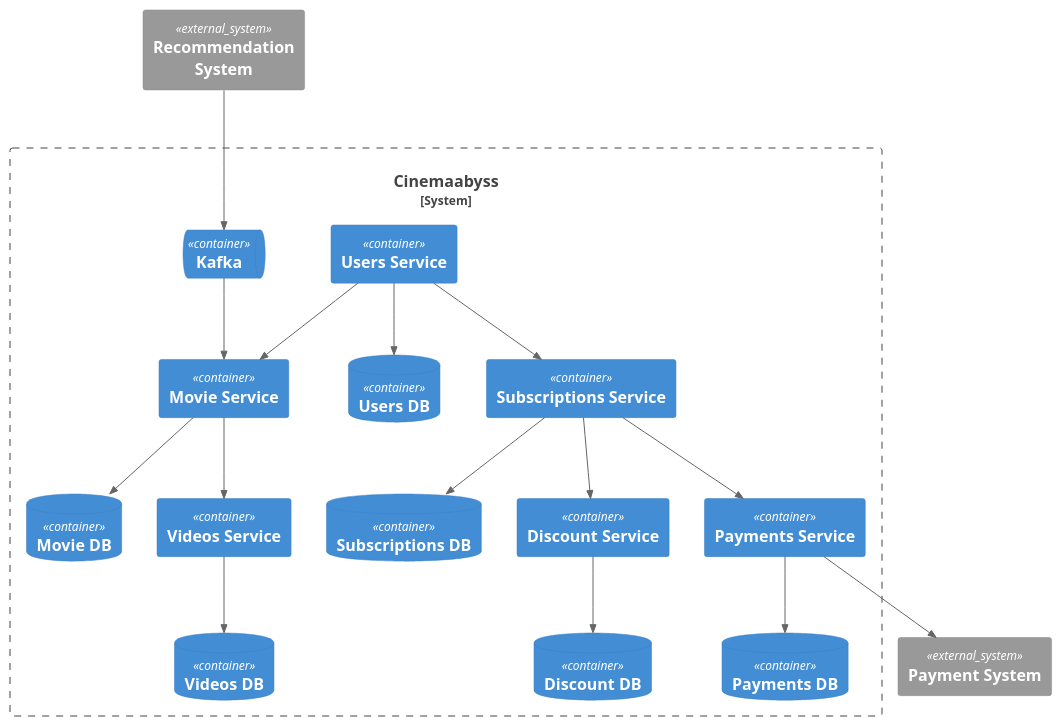
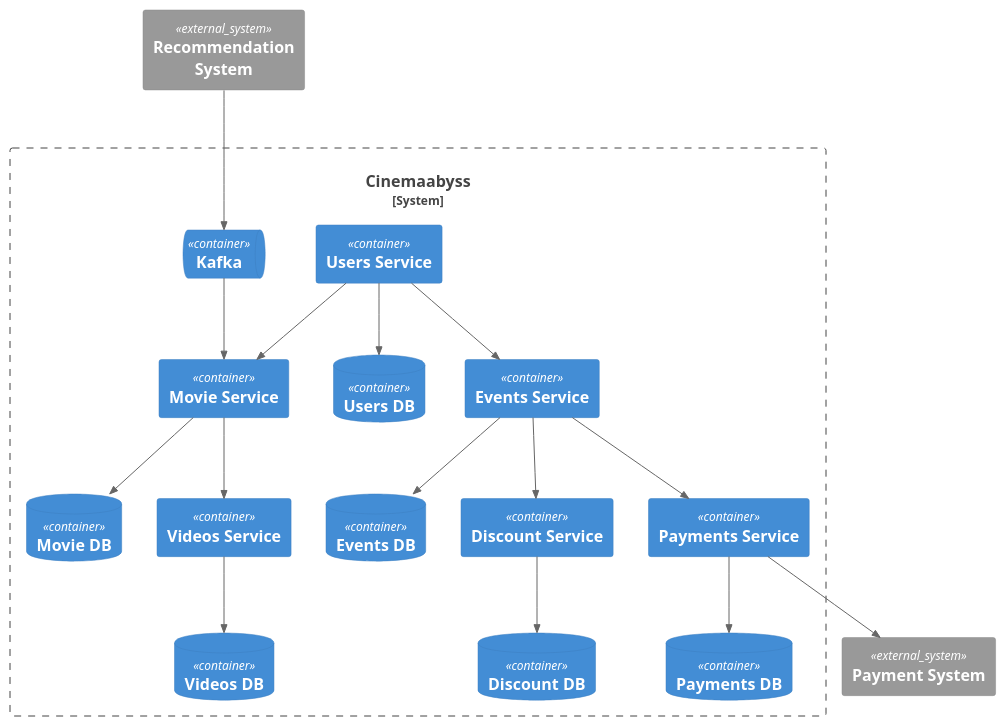
The diagram in docs/container.puml (Dazklein/architecture-cinemaabyss), drawn with PlantUML before and after one commit. The commit also changed 18 other files, not shown here.

```diff
--- a/docs/container.puml
+++ b/docs/container.puml
@@ -1,47 +1,47 @@
 @startuml
 
 !include <C4/C4_Container>
 
 System_Ext(externalPaymentSystem, "Payment System")
 System_Ext(externalRecommendationSystem, "Recommendation System")
 
 System_Boundary(bound, "Cinemaabyss") {
     Container(userService, "Users Service")
     Container(paymentService, "Payments Service")
     Container(videoService, "Videos Service")
-    Container(subscriptionService, "Subscriptions Service")
+    Container(eventsService, "Events Service")
     Container(discountService, "Discount Service")
     Container(movieService, "Movie Service")
     
     
     ContainerDb(userDb, "Users DB")
     ContainerDb(paymentDb, "Payments DB")
     ContainerDb(videoDb, "Videos DB")
-    ContainerDb(subscriptionDb, "Subscriptions DB")
+    ContainerDb(subscriptionDb, "Events DB")
     ContainerDb(discountDb, "Discount DB")
     ContainerDb(movieDb, "Movie DB")
     
     ContainerQueue(kafka, "Kafka")
     
     Rel(userService, userDb, "")
     Rel(paymentService, paymentDb, "")
     Rel(videoService, videoDb, "")
-    Rel(subscriptionService, subscriptionDb, "")
+    Rel(eventsService, subscriptionDb, "")
     Rel(discountService, discountDb, "")
     Rel(movieService, movieDb, "")
     
     Rel(kafka, movieService, "")
     Rel(movieService, videoService, "")
     
-    Rel(userService, subscriptionService, "")
-    Rel(subscriptionService, discountService, "")
+    Rel(userService, eventsService, "")
+    Rel(eventsService, discountService, "")
     Rel(userService, movieService, "")
-    Rel(subscriptionService, paymentService, "")
+    Rel(eventsService, paymentService, "")
     
 }
 
 Rel(paymentService, externalPaymentSystem, "")
 Rel(externalRecommendationSystem, kafka, "")
 
 
 @enduml
```
